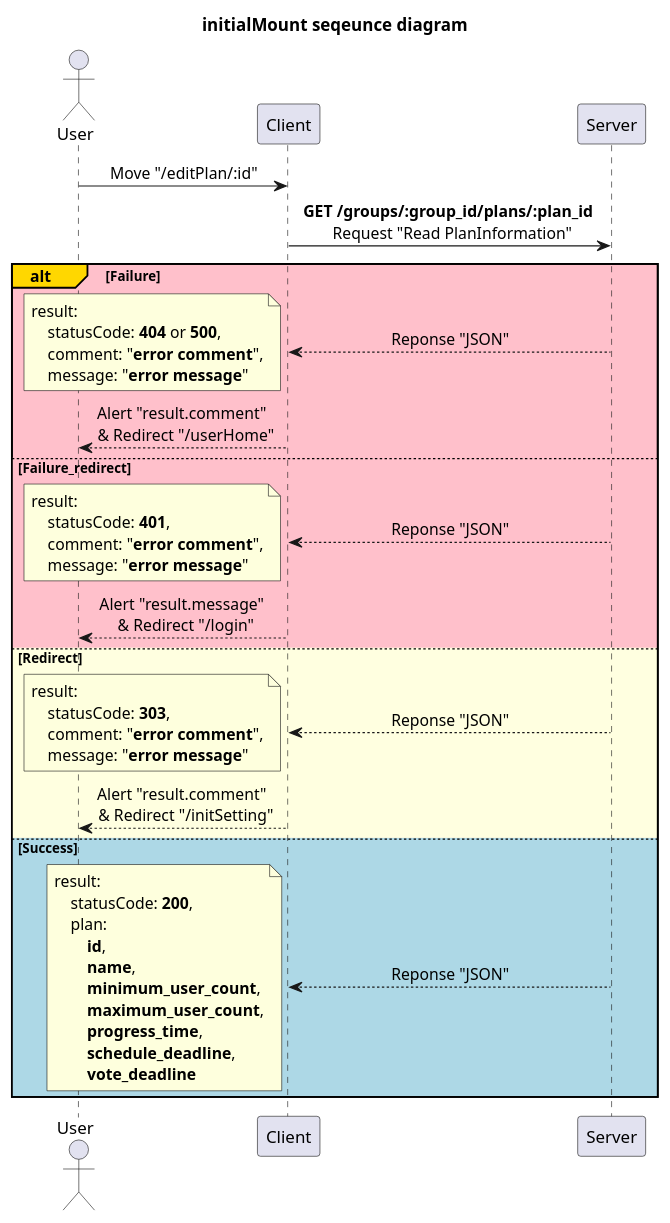
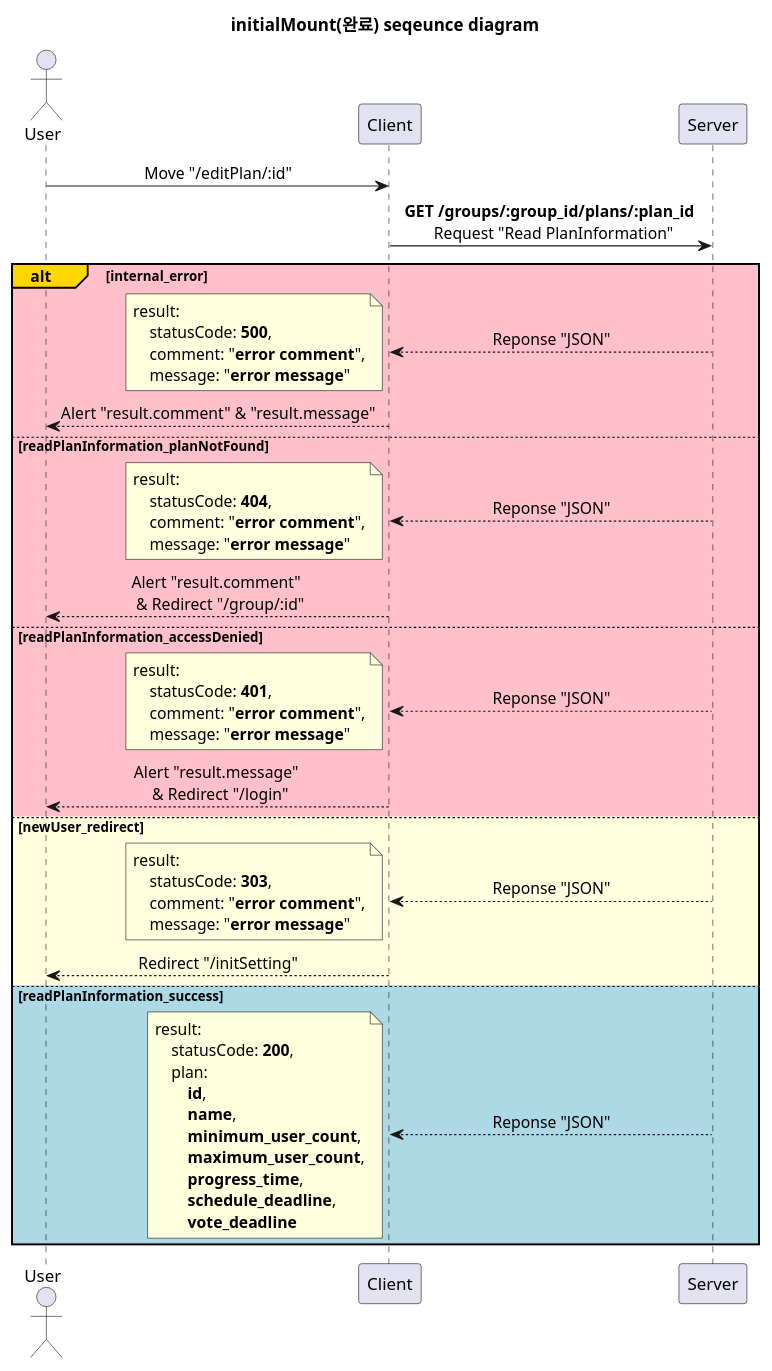
Before and after one commit to devSeungBin/SSCS: the diagram in diagram/editPlan_page/initialMount.puml, drawn with PlantUML. The commit also changed 15 other files, not shown here.

```diff
--- a/diagram/editPlan_page/initialMount.puml
+++ b/diagram/editPlan_page/initialMount.puml
@@ -1,63 +1,73 @@
-@startuml initialMount
+@startuml initialMount(완료)
 'http://localhost:3000/editPlan/:id
 
-title initialMount seqeunce diagram
+title initialMount(완료) seqeunce diagram
 
 skinparam SequenceMessageAlignment center
 
 participant Server order 30
 participant Client order 20
 actor User order 10
 
 User -> Client: Move "/editPlan/:id"
 
 Client -> Server: **GET /groups/:group_id/plans/:plan_id** \n Request "Read PlanInformation"
 
-alt#Gold #Pink Failure
+alt#Gold #Pink internal_error
     Client <-- Server: Reponse "JSON"
     note left
         result:
-            statusCode: **404** or **500**,
+            statusCode: **500**,
             comment: "**error comment**",
             message: "**error message**"
     end note
-    User <-- Client: Alert "result.comment" \n & Redirect "/userHome"
+    User <-- Client: Alert "result.comment" & "result.message"
 
-else #Pink Failure_redirect
+else #Pink readPlanInformation_planNotFound
+    Client <-- Server: Reponse "JSON"
+    note left
+        result:
+            statusCode: **404**,
+            comment: "**error comment**",
+            message: "**error message**"
+    end note
+    User <-- Client: Alert "result.comment" \n & Redirect "/group/:id"
+
+else #Pink readPlanInformation_accessDenied
     Client <-- Server: Reponse "JSON"
     note left
         result:
             statusCode: **401**,
             comment: "**error comment**",
             message: "**error message**"
     end note
     User <-- Client: Alert "result.message" \n & Redirect "/login"
 
-else #LightYellow Redirect
+else #LightYellow newUser_redirect
     Client <-- Server: Reponse "JSON"
     note left
         result:
             statusCode: **303**,
             comment: "**error comment**",
             message: "**error message**"
     end note
-    User <-- Client: Alert "result.comment" \n & Redirect "/initSetting"
+    User <-- Client: Redirect "/initSetting"
 
-else #LightBlue Success
+else #LightBlue readPlanInformation_success
     Client <-- Server: Reponse "JSON"
     note left
         result:
             statusCode: **200**,
             plan:
                 **id**,
                 **name**,
                 **minimum_user_count**,
                 **maximum_user_count**,
                 **progress_time**,
                 **schedule_deadline**,
                 **vote_deadline**
     end note
     
 end
 
 @enduml
```
